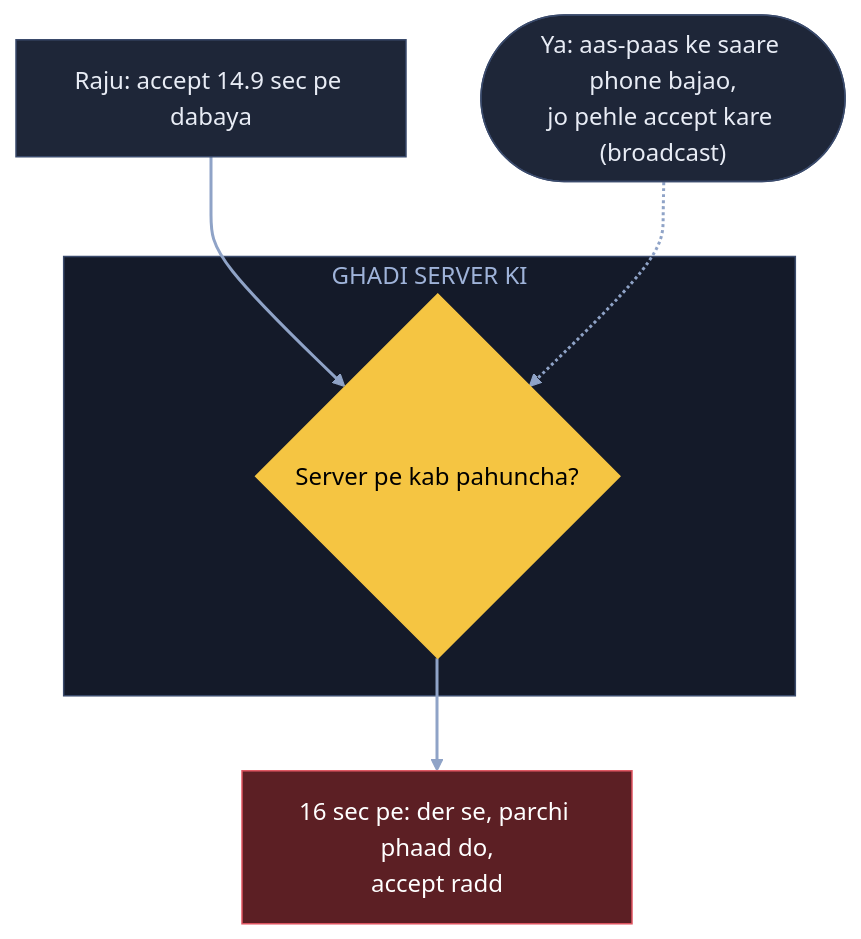
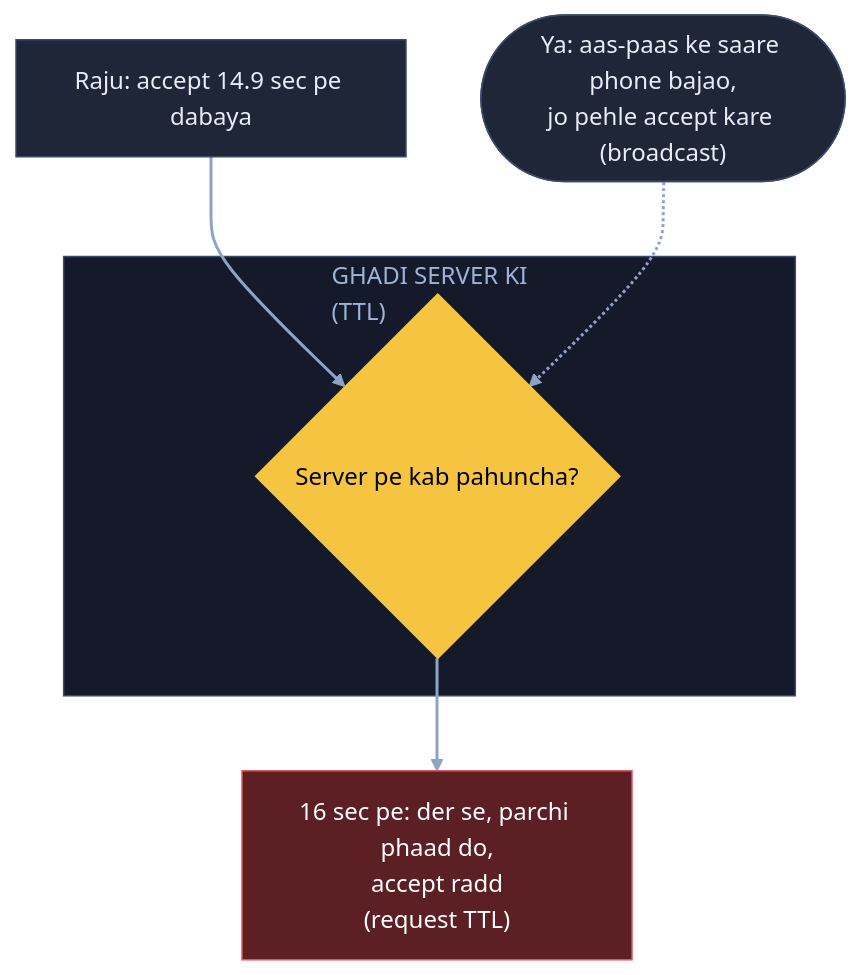
One commit to ArpanMaheshwari144/Prep changed the fifth of 16 diagrams in 04_HLD/SYSTEM_DESIGNS/15_uber/15_uber.md. Above: the diagram before and after it, drawn with Mermaid (base theme). The commit also changed other lines of this file and 22 other files, not shown here.

Commit message:
Diagram: sirf kahani ke dohraaye shabd pe bracket, us jagah notes wala matlab (207 label)

````diff
--- a/04_HLD/SYSTEM_DESIGNS/15_uber/15_uber.md
+++ b/04_HLD/SYSTEM_DESIGNS/15_uber/15_uber.md
@@ -292,18 +292,18 @@
 ```mermaid
 flowchart TB
     R["Raju: accept 14.9 sec pe dabaya"]:::card
-    subgraph GS["GHADI SERVER KI"]
+    subgraph GS["GHADI SERVER KI<br/>(TTL)"]
         S{"Server pe kab pahuncha?"}:::pill
     end
-    X["16 sec pe: der se, parchi phaad do,<br/>accept radd"]:::bad
+    X["16 sec pe: der se, parchi phaad do,<br/>accept radd<br/>(request TTL)"]:::bad
     B(["Ya: aas-paas ke saare phone bajao,<br/>jo pehle accept kare (broadcast)"]):::card
     R --> S
     S --> X
     B -.-> S
     linkStyle default stroke:#8fa3c7,stroke-width:2px
     classDef card fill:#1e2638,stroke:#3a4a6b,color:#e8ecf5
     classDef pill fill:#f5c542,stroke:#f5c542,color:#000
     classDef good fill:#2e7d4f,stroke:#3fbf6f,color:#fff
     classDef bad fill:#5c1f24,stroke:#e05561,color:#fff
     style GS fill:#141a29,stroke:#3a4a6b,color:#9fb3d9
 ```
````
